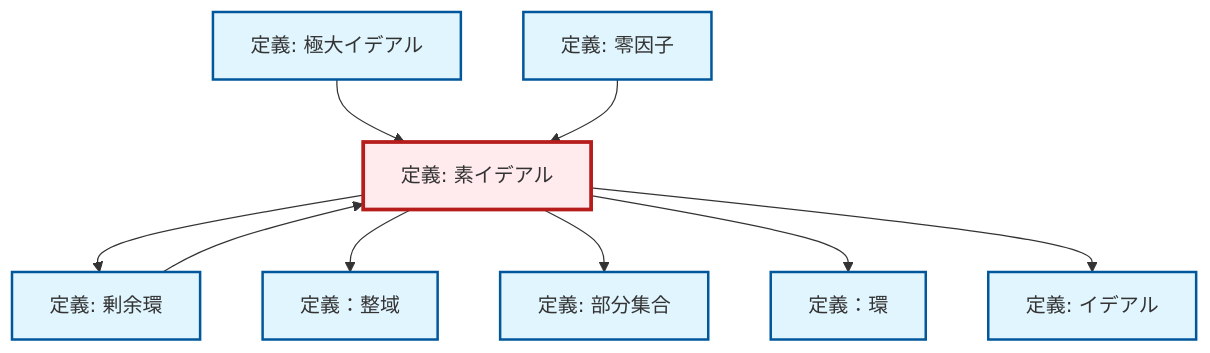
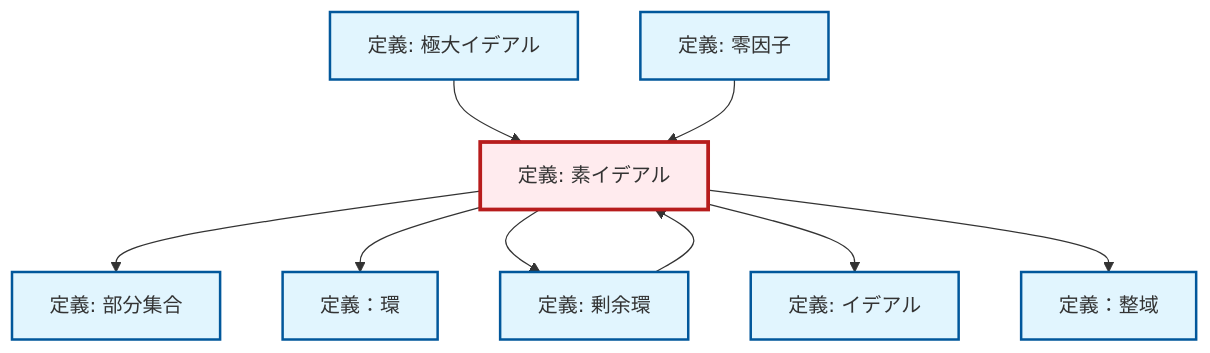
One commit to RK0429/ModernMath changed the diagram in content/ja/algebra/def-prime-ideal.qmd. Above: the diagram before and after it, drawn with Mermaid. The commit also changed other lines of this file and 1012 other files, not shown here.

````diff
--- a/content/ja/algebra/def-prime-ideal.qmd
+++ b/content/ja/algebra/def-prime-ideal.qmd
@@ -86,33 +86,33 @@
 ```{mermaid}
 %%| fig-cap: "Local dependency graph"
 graph TD
     classDef definition fill:#e1f5fe,stroke:#01579b,stroke-width:2px
     classDef theorem fill:#f3e5f5,stroke:#4a148c,stroke-width:2px
     classDef axiom fill:#fff3e0,stroke:#e65100,stroke-width:2px
     classDef example fill:#e8f5e9,stroke:#1b5e20,stroke-width:2px
     classDef current fill:#ffebee,stroke:#b71c1c,stroke-width:3px
-    def-zero-divisor["定義: 零因子"]:::definition
+    def-ring["定義：環"]:::definition
+    def-maximal-ideal["定義: 極大イデアル"]:::definition
+    def-subset["定義: 部分集合"]:::definition
     def-prime-ideal["定義: 素イデアル"]:::definition
-    def-ideal["定義: イデアル"]:::definition
-    def-maximal-ideal["定義: 極大イデアル"]:::definition
     def-quotient-ring["定義: 剰余環"]:::definition
     def-integral-domain["定義：整域"]:::definition
-    def-ring["定義：環"]:::definition
-    def-subset["定義: 部分集合"]:::definition
-    def-prime-ideal --> def-quotient-ring
-    def-prime-ideal --> def-integral-domain
-    def-prime-ideal --> def-subset
+    def-ideal["定義: イデアル"]:::definition
+    def-zero-divisor["定義: 零因子"]:::definition
     def-quotient-ring --> def-prime-ideal
-    def-prime-ideal --> def-ring
     def-maximal-ideal --> def-prime-ideal
     def-zero-divisor --> def-prime-ideal
+    def-prime-ideal --> def-subset
+    def-prime-ideal --> def-ring
+    def-prime-ideal --> def-quotient-ring
     def-prime-ideal --> def-ideal
+    def-prime-ideal --> def-integral-domain
     class def-prime-ideal current
-    click def-zero-divisor "def-zero-divisor.html" "零因子の定義へ"
-    click def-ideal "def-ideal.html" "イデアルの定義へ"
+    click def-ring "def-ring.html" "定義：環へ"
     click def-maximal-ideal "def-maximal-ideal.html" "極大イデアルの定義へ"
+    click def-subset "def-subset.html" "部分集合の定義へ"
     click def-quotient-ring "def-quotient-ring.html" "剰余環の定義へ"
     click def-integral-domain "def-integral-domain.html" "定義：整域へ"
-    click def-ring "def-ring.html" "定義：環へ"
-    click def-subset "def-subset.html" "部分集合の定義へ"
+    click def-ideal "def-ideal.html" "イデアルの定義へ"
+    click def-zero-divisor "def-zero-divisor.html" "零因子の定義へ"
 ```
````
